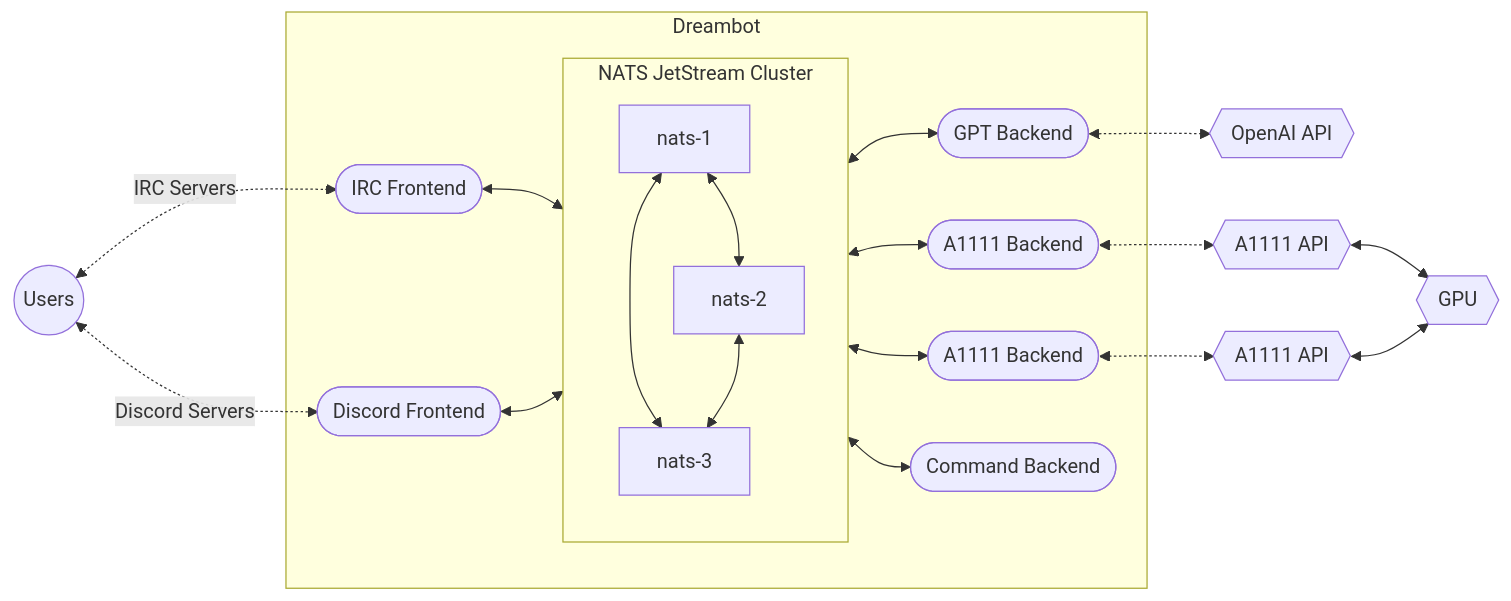
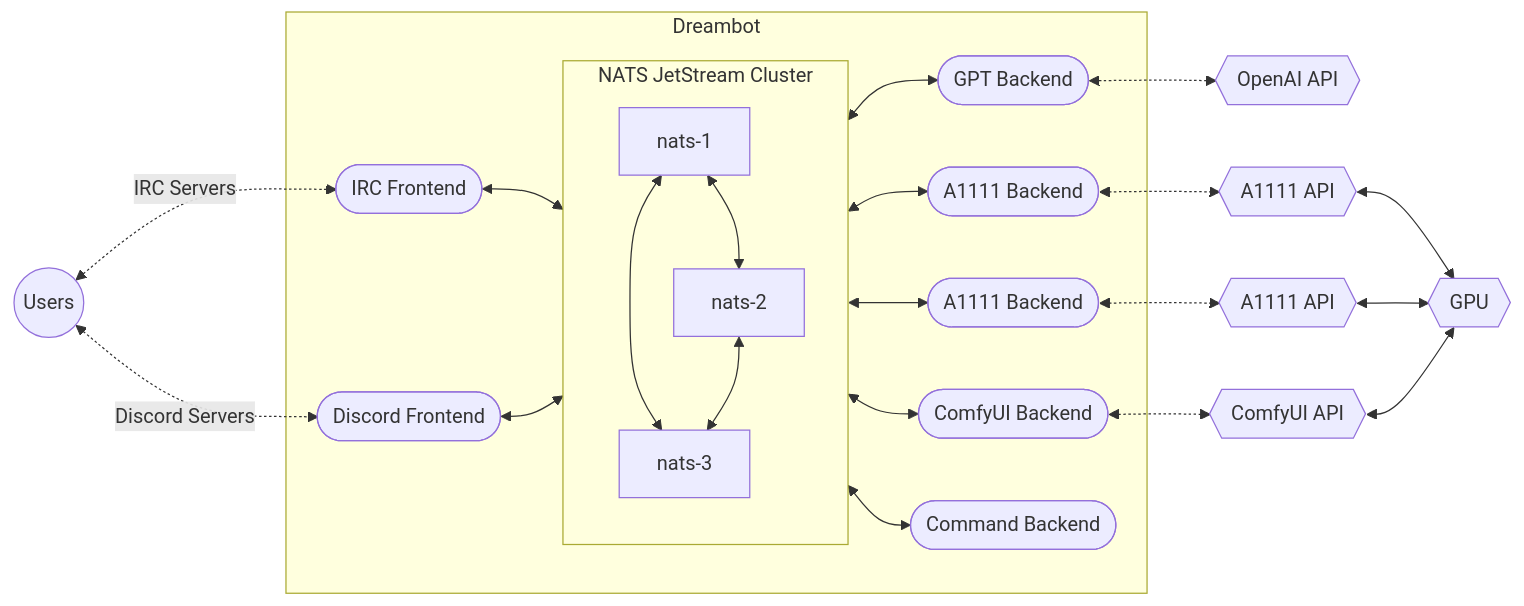
Before and after one commit to cmsj/dreambot: the diagram in README.md, drawn with Mermaid. The commit also changed other lines of this file, not shown here.

Commit message:
Update documentation to include ComfyUI backend

````diff
--- a/README.md
+++ b/README.md
@@ -11,26 +11,28 @@
 ```mermaid
 flowchart LR
     subgraph NATS [ NATS JetStream Cluster]
         C[nats-1]
         I[nats-2]
         J[nats-3]
 
         C <--> I
         C <--> J
         I <--> J
     end
     subgraph Dreambot
         B([IRC Frontend])
         E([GPT Backend])
         D([Discord Frontend])
         F([A1111 Backend])
         M([A1111 Backend])
+        O([ComfyUI Backend])
         K([Command Backend])
         NATS
     end
     A((Users)) <-. IRC Servers .-> B <--> NATS <--> E <-.-> G{{OpenAI API}}
     A <-. Discord Servers .-> D <--> NATS <--> F <-.-> H{{A1111 API}} <--> L{{GPU}}
     NATS <--> M <-.-> N{{A1111 API}} <--> L
+    NATS <--> O <-.-> P{{ComfyUI API}} <--> L
     NATS <--> K
 
 ```
````
